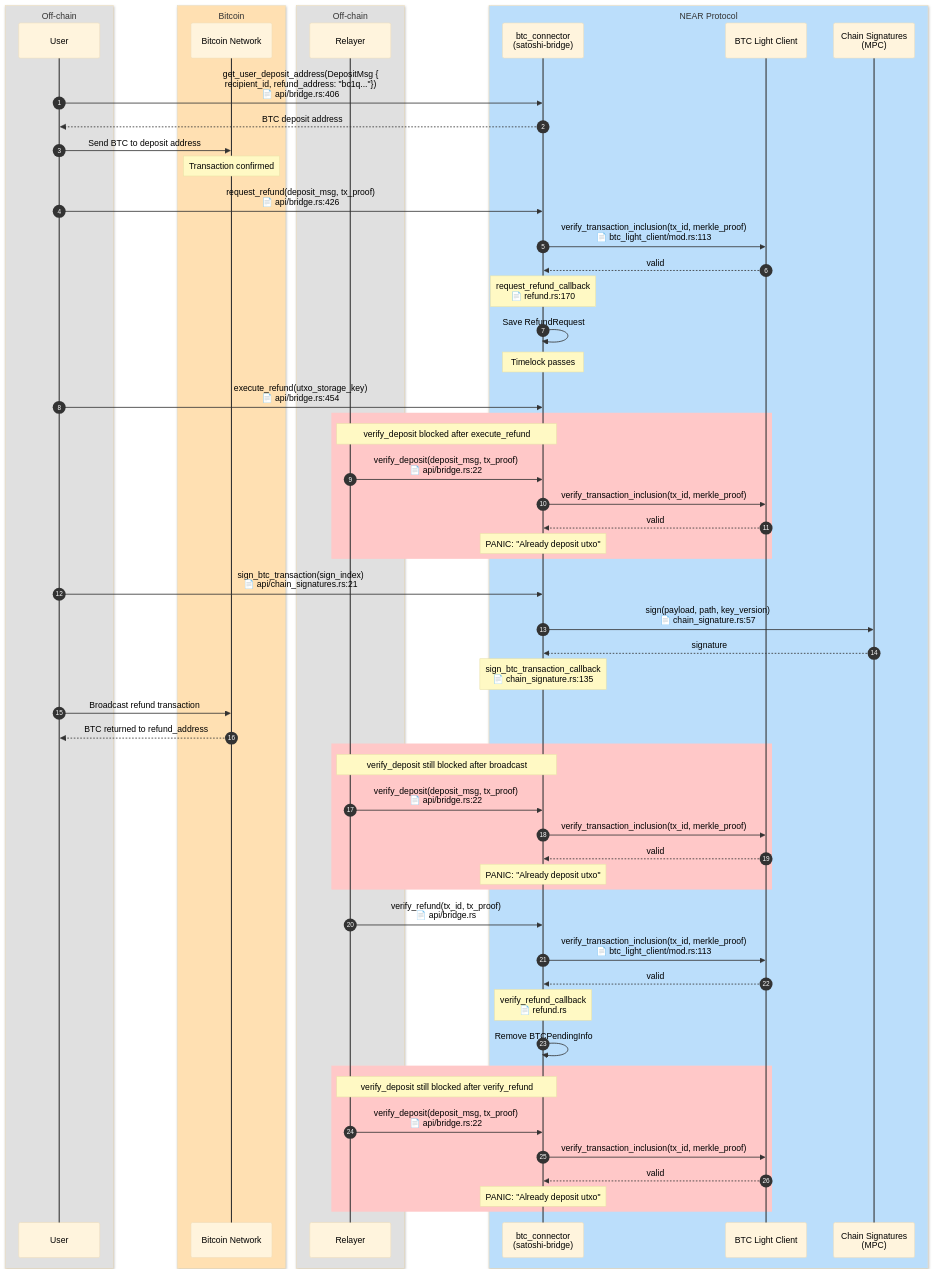
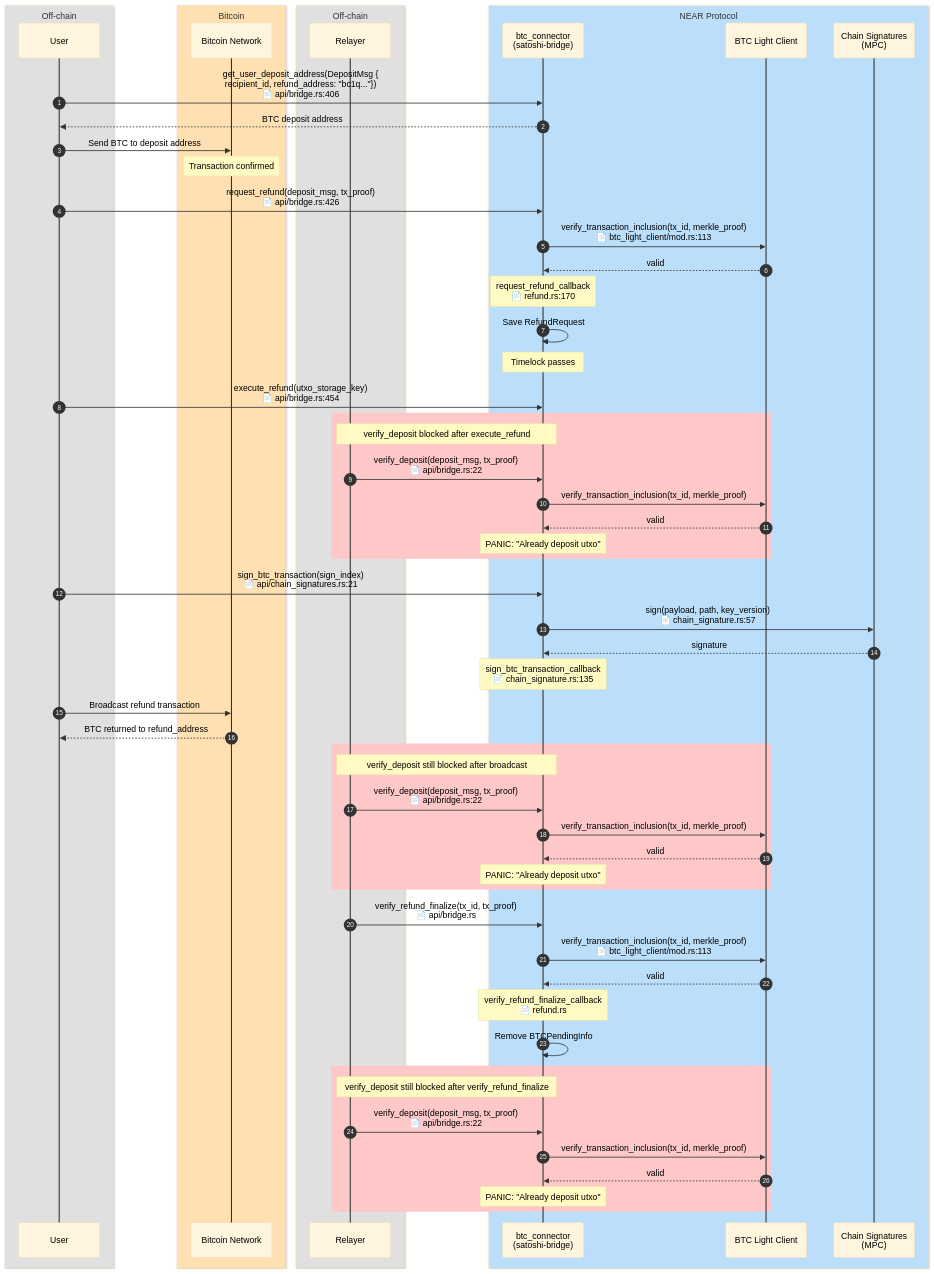
One commit to Near-One/btc-bridge changed the diagram in doc/refund-then-deposit-fails-flow.md. Above: the diagram before and after it, drawn with Mermaid. The commit also changed 7 other files, not shown here.

```diff
--- a/doc/refund-then-deposit-fails-flow.md
+++ b/doc/refund-then-deposit-fails-flow.md
@@ -87,16 +87,16 @@
         Note over B: PANIC: "Already deposit utxo"
     end
 
-    R->>B: verify_refund(tx_id, tx_proof)<br/>📄 api/bridge.rs
+    R->>B: verify_refund_finalize(tx_id, tx_proof)<br/>📄 api/bridge.rs
 
     B->>LC: verify_transaction_inclusion(tx_id, merkle_proof)<br/>📄 btc_light_client/mod.rs:113
     LC-->>B: valid
 
-    Note over B: verify_refund_callback<br/>📄 refund.rs
+    Note over B: verify_refund_finalize_callback<br/>📄 refund.rs
     B->>B: Remove BTCPendingInfo
 
     rect rgb(255, 200, 200)
-        Note over R,B: verify_deposit still blocked after verify_refund
+        Note over R,B: verify_deposit still blocked after verify_refund_finalize
         R->>B: verify_deposit(deposit_msg, tx_proof)<br/>📄 api/bridge.rs:22
         B->>LC: verify_transaction_inclusion(tx_id, merkle_proof)
         LC-->>B: valid
```
